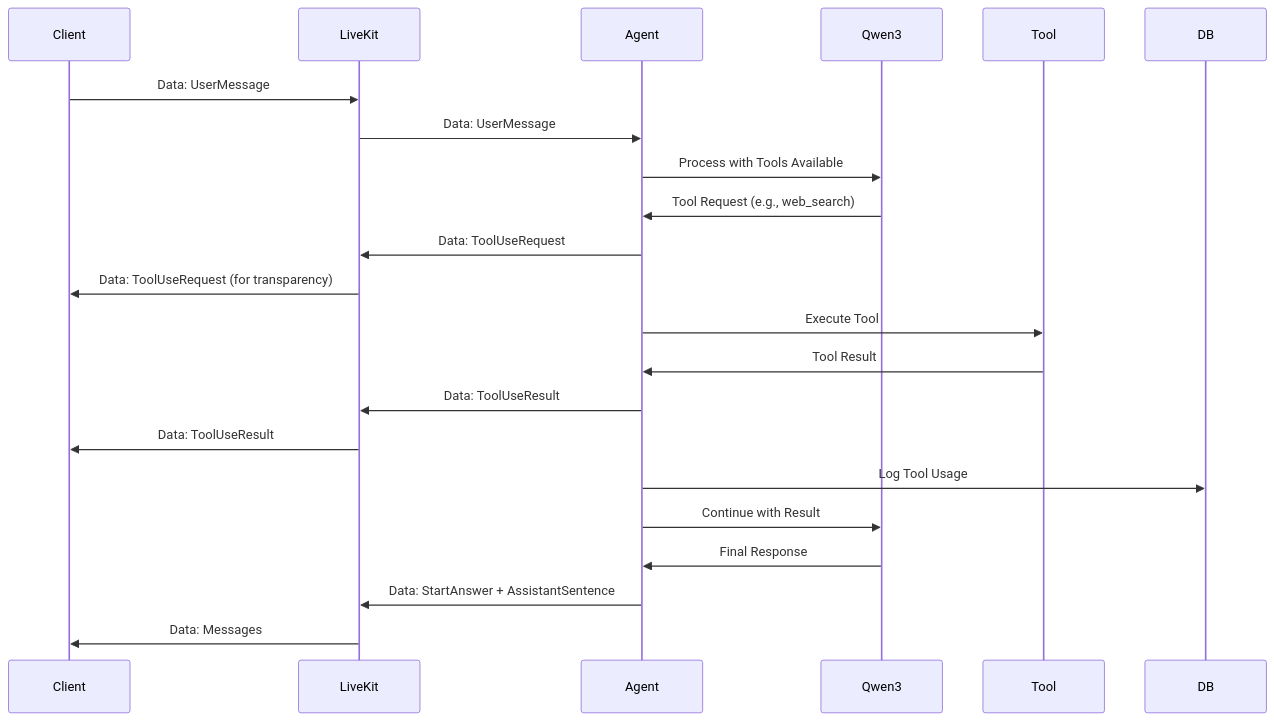
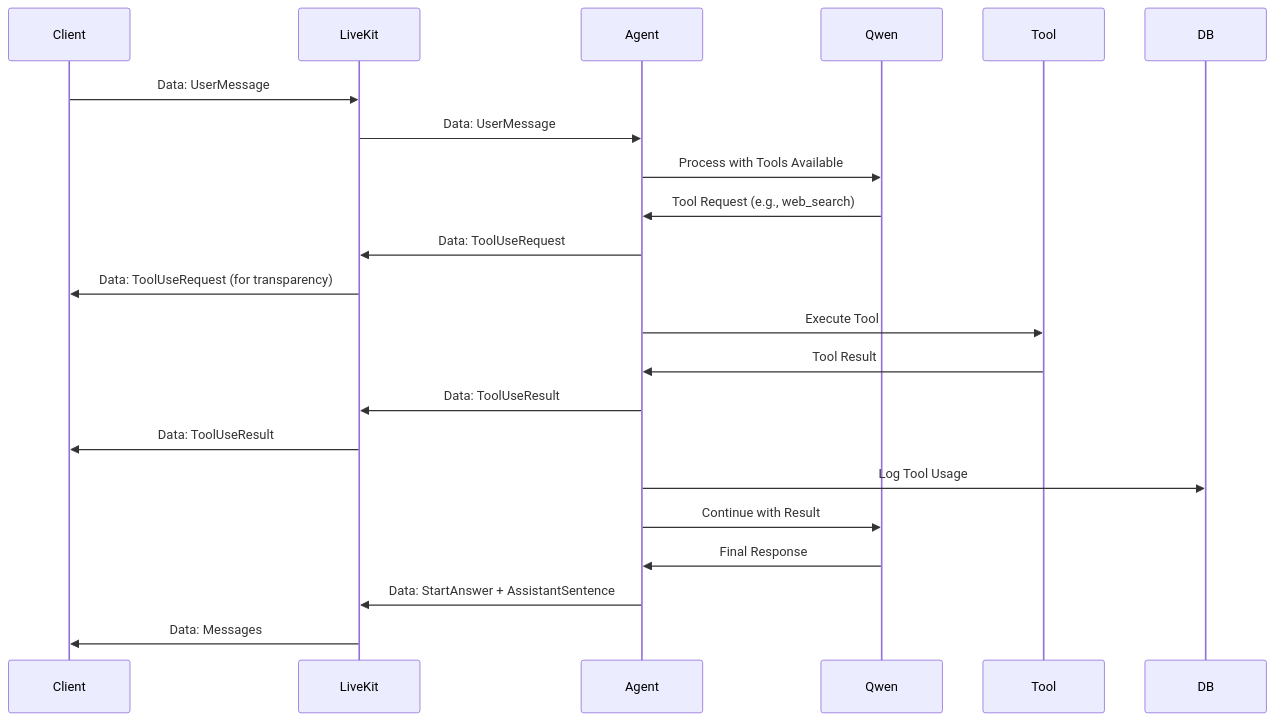
Before and after one commit to longregen/alicia: the fifth of 5 diagrams in docs/ARCHITECTURE.md, drawn with Mermaid. The commit also changed other lines of this file and 432 other files, not shown here.

````diff
--- a/docs/ARCHITECTURE.md
+++ b/docs/ARCHITECTURE.md
@@ -767,32 +563,32 @@
 ```mermaid
 sequenceDiagram
     participant Client
     participant LiveKit
     participant Agent
-    participant Qwen3
+    participant Qwen
     participant Tool
     participant DB
 
     Client->>LiveKit: Data: UserMessage
     LiveKit->>Agent: Data: UserMessage
 
-    Agent->>Qwen3: Process with Tools Available
-    Qwen3->>Agent: Tool Request (e.g., web_search)
+    Agent->>Qwen: Process with Tools Available
+    Qwen->>Agent: Tool Request (e.g., web_search)
 
     Agent->>LiveKit: Data: ToolUseRequest
     LiveKit->>Client: Data: ToolUseRequest (for transparency)
 
     Agent->>Tool: Execute Tool
     Tool->>Agent: Tool Result
 
     Agent->>LiveKit: Data: ToolUseResult
     LiveKit->>Client: Data: ToolUseResult
 
     Agent->>DB: Log Tool Usage
 
-    Agent->>Qwen3: Continue with Result
-    Qwen3->>Agent: Final Response
+    Agent->>Qwen: Continue with Result
+    Qwen->>Agent: Final Response
 
     Agent->>LiveKit: Data: StartAnswer + AssistantSentence
     LiveKit->>Client: Data: Messages
 ```
````
